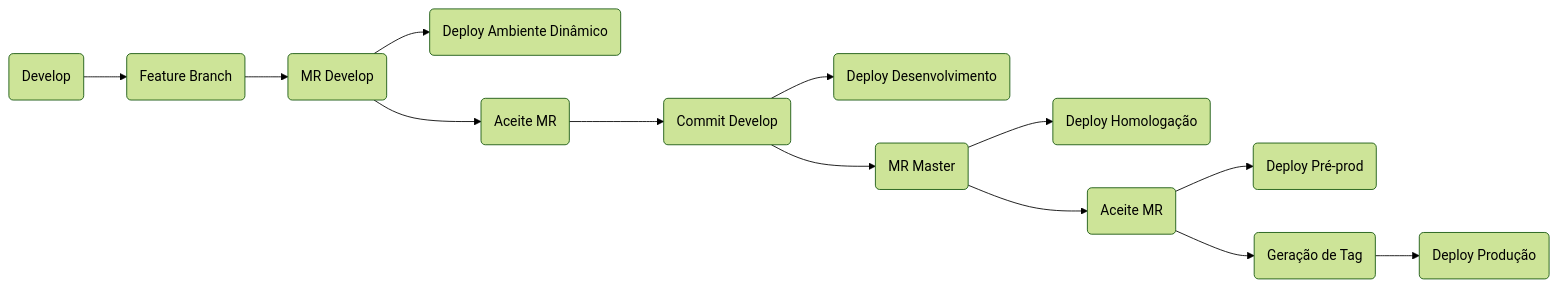
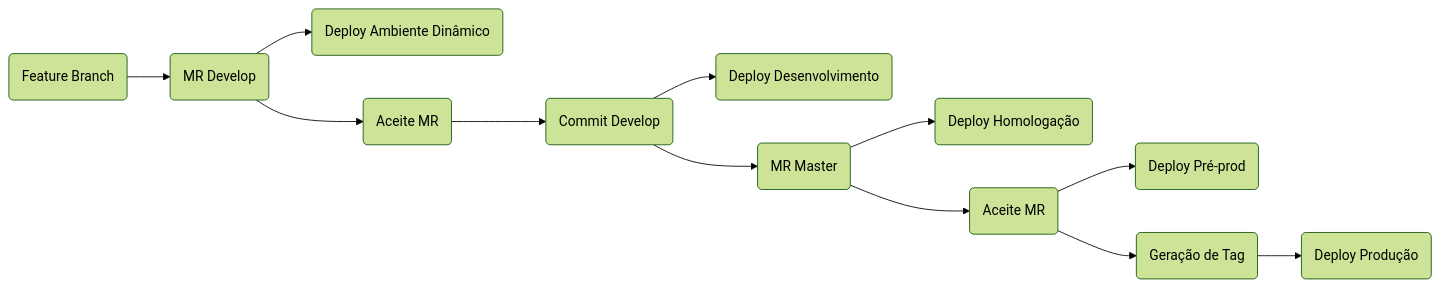
One commit to CAPES/guia changed the diagram in cgs/repo-gitlab/pipeline.md. Above: the diagram before and after it, drawn with Mermaid (forest theme).

Commit message:
ajuste fluxo pipeline

````diff
--- a/cgs/repo-gitlab/pipeline.md
+++ b/cgs/repo-gitlab/pipeline.md
@@ -33,15 +33,14 @@
 ```mermaid
 graph LR
-    A(Develop) --> B(Feature Branch)
-    B --> C(MR Develop)
+    B(Feature Branch) --> C(MR Develop)
     C --> C1(Deploy Ambiente Dinâmico)
     C --> D(Aceite MR)
     D --> E(Commit Develop)
     E --> E1(Deploy Desenvolvimento)
     E --> F(MR Master)
     F --> F1(Deploy Homologação)
     F --> G(Aceite MR)
     G --> G1(Deploy Pré-prod)
     G --> H(Geração de Tag)
     H --> I(Deploy Produção)    
 ```
````
